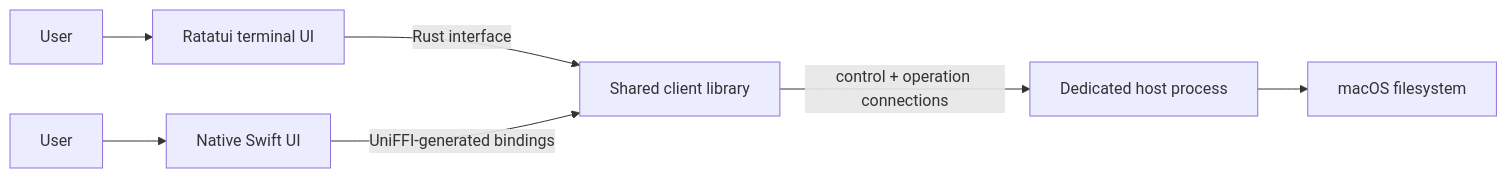
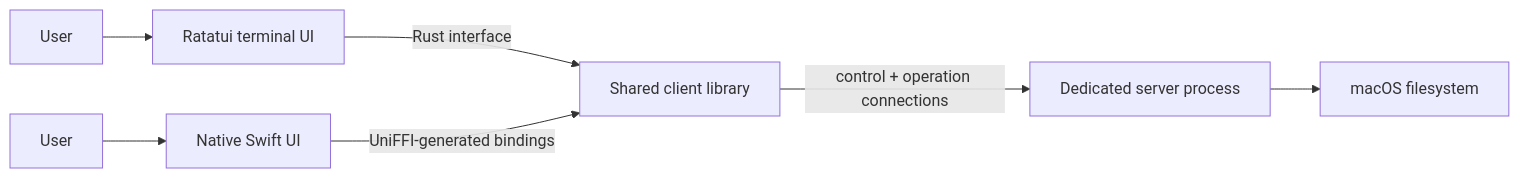
One commit to tanchihpin0517/file-peeker changed the first of 2 diagrams in docs/architecture.md. Above: the diagram before and after it, drawn with Mermaid. The commit also changed other lines of this file and 27 other files, not shown here.

````diff
--- a/docs/architecture.md
+++ b/docs/architecture.md
@@ -10,9 +11,9 @@
 ```mermaid
 flowchart LR
     User --> TUI[Ratatui terminal UI]
     User2[User] --> Swift[Native Swift UI]
     TUI -->|Rust interface| Client[Shared client library]
     Swift -->|UniFFI-generated bindings| Client
-    Client -->|control + operation connections| Host[Dedicated host process]
-    Host --> FS[macOS filesystem]
+    Client -->|control + operation connections| Server[Dedicated server process]
+    Server --> FS[macOS filesystem]
 ```
````
